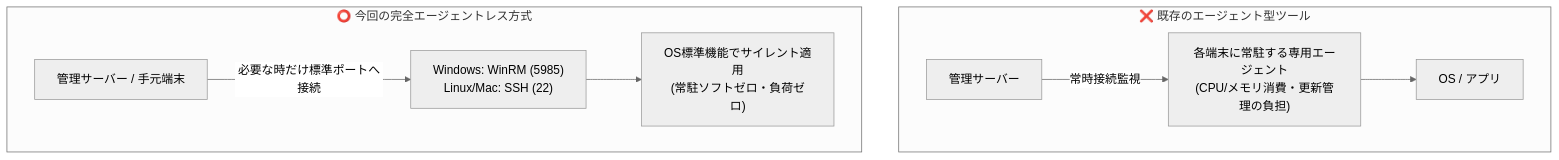
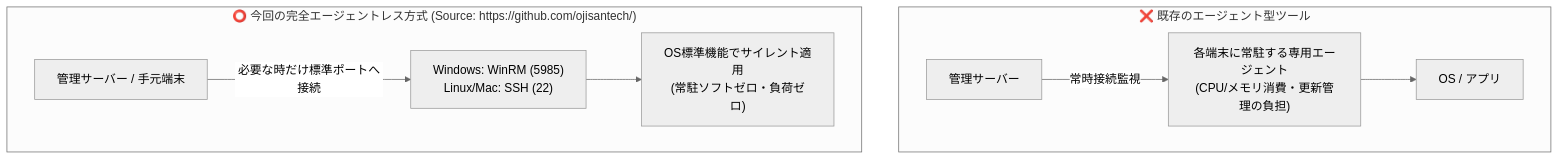
Before and after one commit to ojisantech/ojisan-arsenal: the second of 2 diagrams in QIITA_ARTICLE_DETAIL_2.md, drawn with Mermaid (neutral theme). The commit also changed other lines of this file, not shown here.

Commit message:
docs: add sequence overview diagram and author source URL to DETAIL_2

````diff
--- a/QIITA_ARTICLE_DETAIL_2.md
+++ b/QIITA_ARTICLE_DETAIL_2.md
@@ -32,12 +55,12 @@
 ```mermaid
 flowchart TD
     subgraph Heavy ["❌ 既存のエージェント型ツール"]
         H_Server["管理サーバー"] -->|"常時接続監視"| H_Agent["各端末に常駐する専用エージェント<br/>(CPU/メモリ消費・更新管理の負担)"]
         H_Agent --> H_OS["OS / アプリ"]
     end
 
-    subgraph Light ["⭕ 今回の完全エージェントレス方式"]
+    subgraph Light ["⭕ 今回の完全エージェントレス方式 (Source: https://github.com/ojisantech/)"]
         L_Server["管理サーバー / 手元端末"] -->|"必要な時だけ標準ポートへ接続"| L_Port["Windows: WinRM (5985)<br/>Linux/Mac: SSH (22)"]
         L_Port --> L_OS["OS標準機能でサイレント適用<br/>(常駐ソフトゼロ・負荷ゼロ)"]
     end
 ```
````
